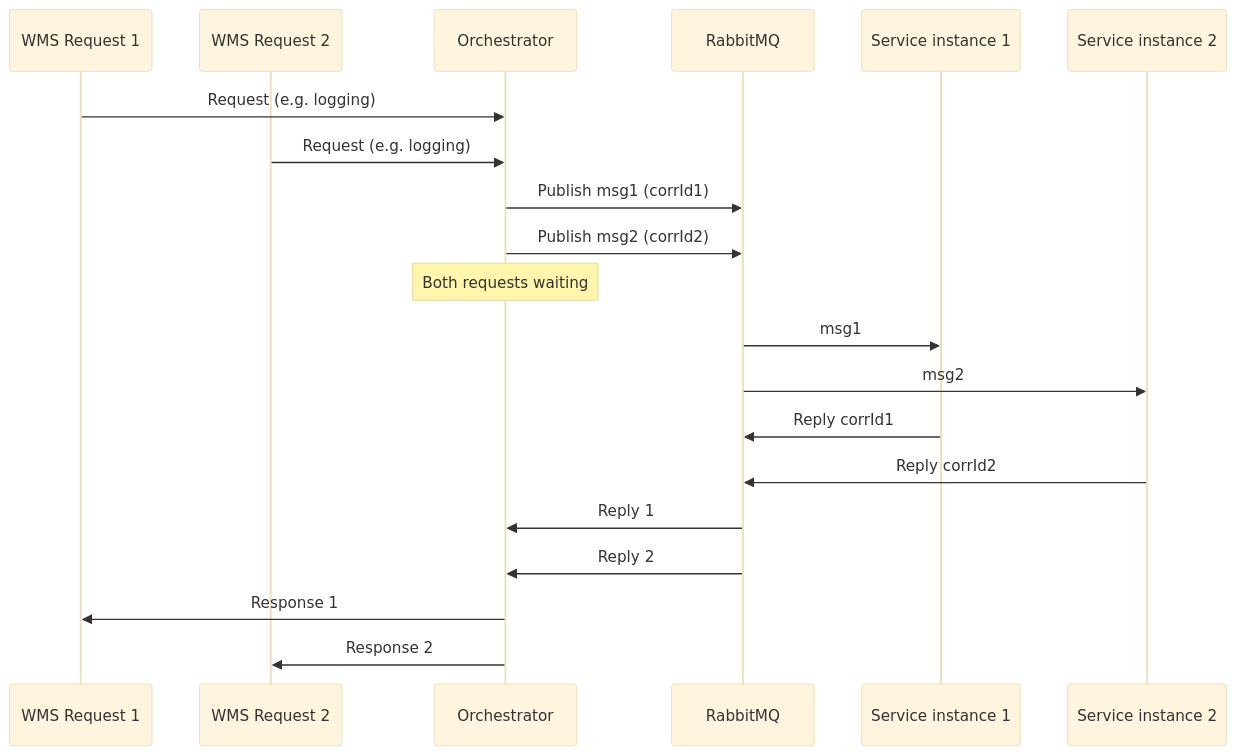
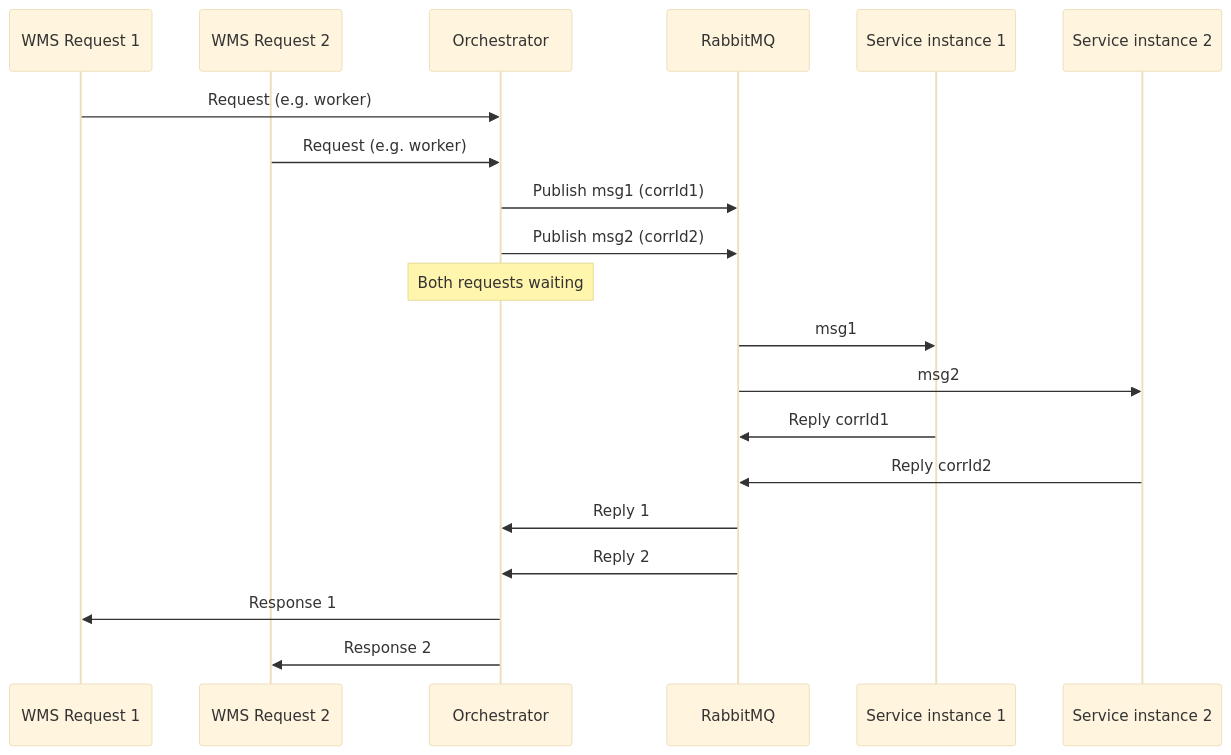
One commit to CosminMihai09/scale-wms-orchestrator changed the fifth of 5 diagrams in docs/flow-diagram.md. Above: the diagram before and after it, drawn with Mermaid (base theme). The commit also changed other lines of this file and 27 other files, not shown here.

````diff
--- a/docs/flow-diagram.md
+++ b/docs/flow-diagram.md
@@ -92,24 +108,24 @@
 ```mermaid
 sequenceDiagram
     participant W1 as WMS Request 1
     participant W2 as WMS Request 2
     participant Orch as Orchestrator
     participant RMQ as RabbitMQ
     participant S1 as Service instance 1
     participant S2 as Service instance 2
 
-    W1->>Orch: Request (e.g. logging)
-    W2->>Orch: Request (e.g. logging)
+    W1->>Orch: Request (e.g. worker)
+    W2->>Orch: Request (e.g. worker)
     Orch->>RMQ: Publish msg1 (corrId1)
     Orch->>RMQ: Publish msg2 (corrId2)
     Note over Orch: Both requests waiting
 
     RMQ->>S1: msg1
     RMQ->>S2: msg2
     S1->>RMQ: Reply corrId1
     S2->>RMQ: Reply corrId2
     RMQ->>Orch: Reply 1
     RMQ->>Orch: Reply 2
     Orch->>W1: Response 1
     Orch->>W2: Response 2
 ```
````
